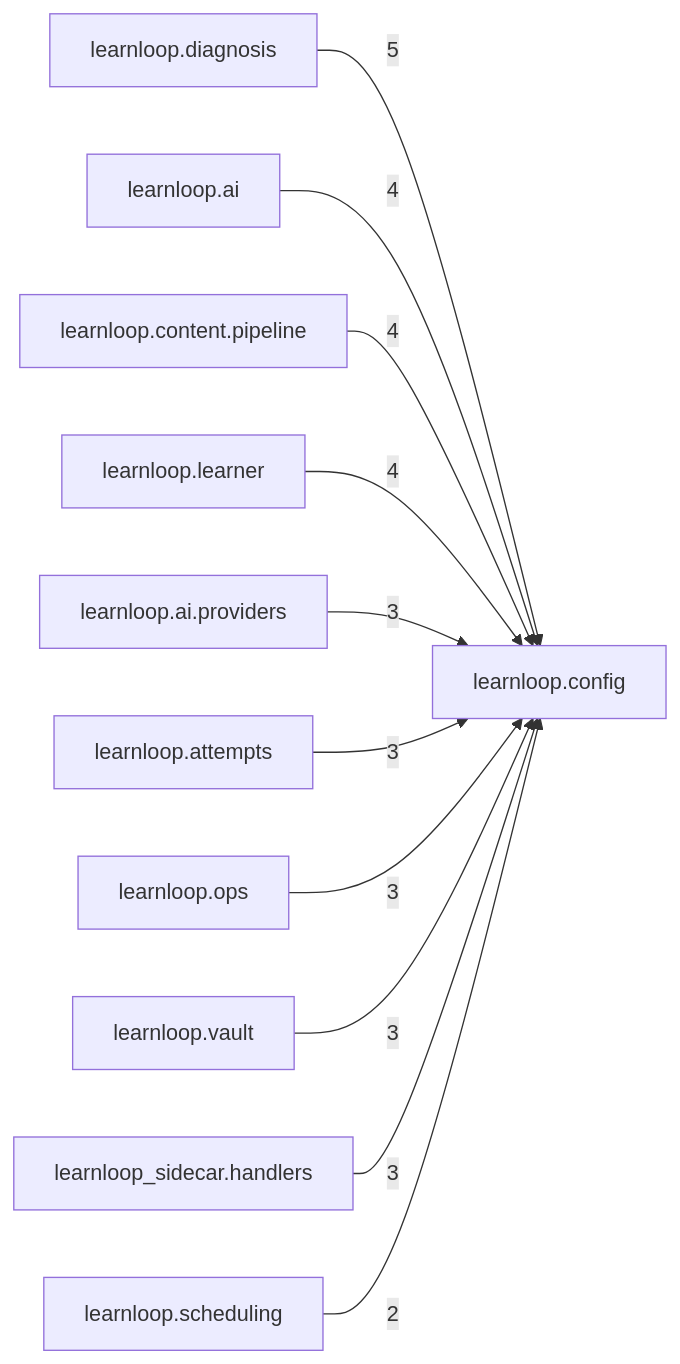
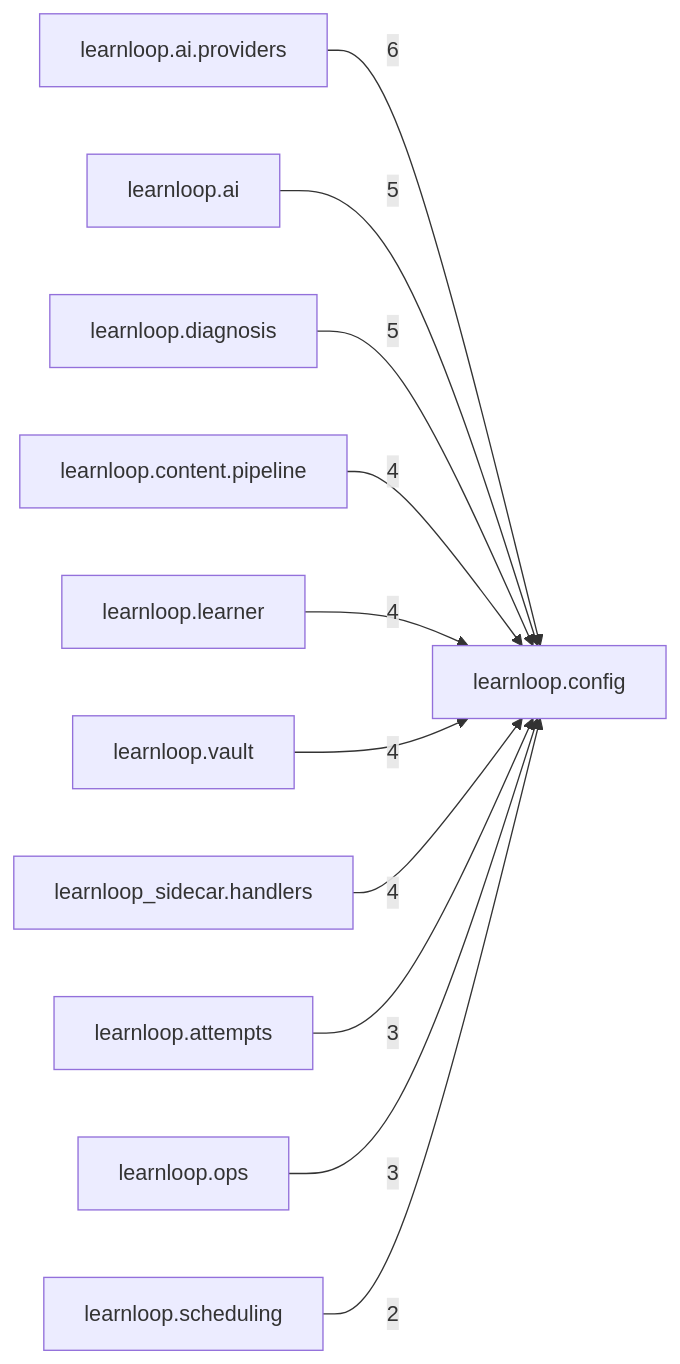
One commit to 6up-b/learnanything changed the diagram in docs/learnloop-architecture-vault/Reference/Modules/learnloop/config/_package.md. Above: the diagram before and after it, drawn with Mermaid. The commit also changed other lines of this file and 633 other files, not shown here.

````diff
--- a/docs/learnloop-architecture-vault/Reference/Modules/learnloop/config/_package.md
+++ b/docs/learnloop-architecture-vault/Reference/Modules/learnloop/config/_package.md
@@ -88,24 +88,24 @@
 ```mermaid
 flowchart LR
     center["learnloop.config"]
+    n_learnloop_ai_providers["learnloop.ai.providers"]
+    n_learnloop_ai["learnloop.ai"]
     n_learnloop_diagnosis["learnloop.diagnosis"]
-    n_learnloop_ai["learnloop.ai"]
     n_learnloop_content_pipeline["learnloop.content.pipeline"]
     n_learnloop_learner["learnloop.learner"]
-    n_learnloop_ai_providers["learnloop.ai.providers"]
+    n_learnloop_vault["learnloop.vault"]
+    n_learnloop_sidecar_handlers["learnloop_sidecar.handlers"]
     n_learnloop_attempts["learnloop.attempts"]
     n_learnloop_ops["learnloop.ops"]
-    n_learnloop_vault["learnloop.vault"]
-    n_learnloop_sidecar_handlers["learnloop_sidecar.handlers"]
     n_learnloop_scheduling["learnloop.scheduling"]
+    n_learnloop_ai_providers -->|6| center
+    n_learnloop_ai -->|5| center
     n_learnloop_diagnosis -->|5| center
-    n_learnloop_ai -->|4| center
     n_learnloop_content_pipeline -->|4| center
     n_learnloop_learner -->|4| center
-    n_learnloop_ai_providers -->|3| center
+    n_learnloop_vault -->|4| center
+    n_learnloop_sidecar_handlers -->|4| center
     n_learnloop_attempts -->|3| center
     n_learnloop_ops -->|3| center
-    n_learnloop_vault -->|3| center
-    n_learnloop_sidecar_handlers -->|3| center
     n_learnloop_scheduling -->|2| center
 ```
````
